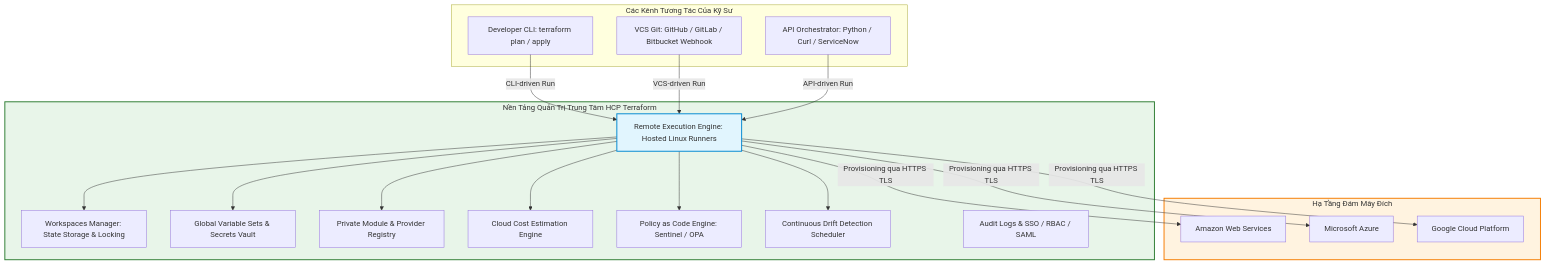
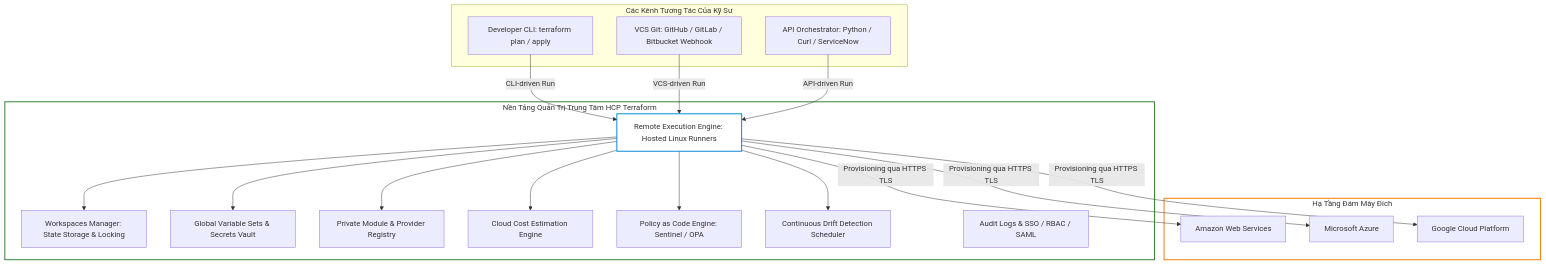
One commit to kiennt308/ntk changed the first of 6 diagrams in _posts/2026-09-13-terraform-27-27-quan-tri-ha-tang-doanh-nghiep-voi-hcp-terraform-cloud.md. Above: the diagram before and after it, drawn with Mermaid. The commit also changed other lines of this file and 207 other files, not shown here.

Commit message:
feat(posts): batch standardize all 208 posts with TL;DR, qa-card accordion, fill:none mermaid, and liquid raw wrappers

````diff
--- a/_posts/2026-09-13-terraform-27-27-quan-tri-ha-tang-doanh-nghiep-voi-hcp-terraform-cloud.md
+++ b/_posts/2026-09-13-terraform-27-27-quan-tri-ha-tang-doanh-nghiep-voi-hcp-terraform-cloud.md
@@ -37,46 +41,46 @@
 ```mermaid
 flowchart TD
     subgraph Client_Tier ["Các Kênh Tương Tác Của Kỹ Sư"]
         DEV["Developer CLI: terraform plan / apply"]
         GIT["VCS Git: GitHub / GitLab / Bitbucket Webhook"]
         API_CALL["API Orchestrator: Python / Curl / ServiceNow"]
     end
 
     subgraph HCP_Terraform_Platform ["Nền Tảng Quản Trị Trung Tâm HCP Terraform"]
         WS_MGR["Workspaces Manager: State Storage & Locking"]
         VAR_SETS["Global Variable Sets & Secrets Vault"]
         RUN_ENG["Remote Execution Engine: Hosted Linux Runners"]
         REGISTRY["Private Module & Provider Registry"]
         COST_ENG["Cloud Cost Estimation Engine"]
         POLICY_ENG["Policy as Code Engine: Sentinel / OPA"]
         DRIFT_SCHED["Continuous Drift Detection Scheduler"]
         AUDIT["Audit Logs & SSO / RBAC / SAML"]
     end
 
     subgraph Target_Clouds ["Hạ Tầng Đám Mây Đích"]
         AWS["Amazon Web Services"]
         AZURE["Microsoft Azure"]
         GCP["Google Cloud Platform"]
     end
 
     DEV -->|CLI-driven Run| RUN_ENG
     GIT -->|VCS-driven Run| RUN_ENG
     API_CALL -->|API-driven Run| RUN_ENG
 
     RUN_ENG --> WS_MGR
     RUN_ENG --> VAR_SETS
     RUN_ENG --> REGISTRY
     RUN_ENG --> COST_ENG
     RUN_ENG --> POLICY_ENG
     RUN_ENG --> DRIFT_SCHED
 
     RUN_ENG -->|Provisioning qua HTTPS TLS| AWS
     RUN_ENG -->|Provisioning qua HTTPS TLS| AZURE
     RUN_ENG -->|Provisioning qua HTTPS TLS| GCP
 
-    style HCP_Terraform_Platform fill:#e8f5e9,stroke:#2e7d32,stroke-width:2px
-    style RUN_ENG fill:#e1f5fe,stroke:#0288d1,stroke-width:2px
-    style Target_Clouds fill:#fff3e0,stroke:#f57c00,stroke-width:2px
+    style HCP_Terraform_Platform fill:none,stroke:#2e7d32,stroke-width:2px
+    style RUN_ENG fill:none,stroke:#0288d1,stroke-width:2px
+    style Target_Clouds fill:none,stroke:#f57c00,stroke-width:2px
 
 
 ```
````
